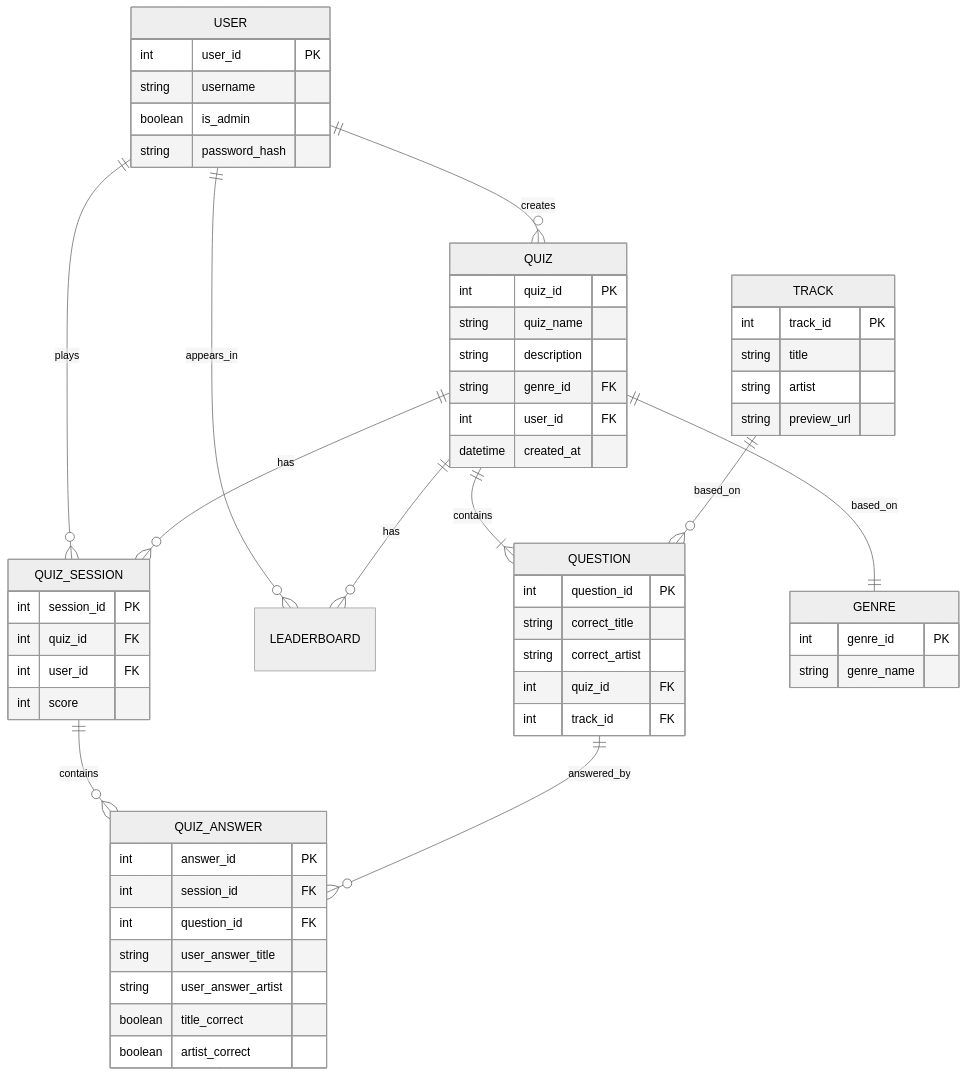
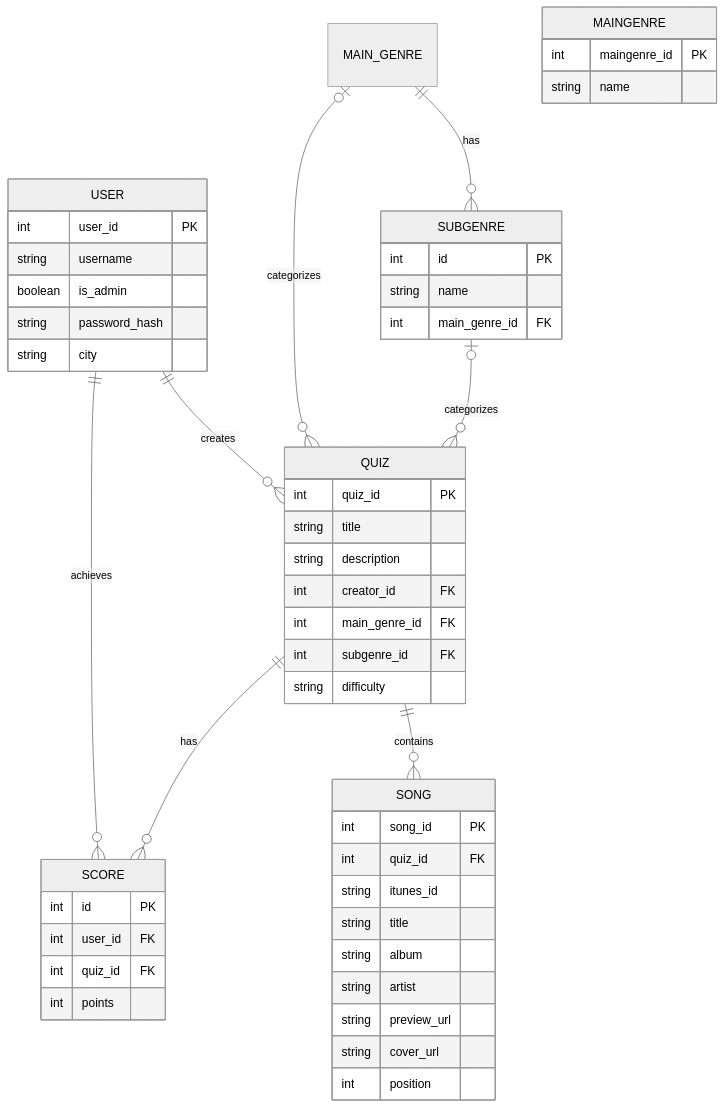
Before and after one commit to paull2906/FSWB: the diagram in docs/02-data-model.md, drawn with Mermaid (neutral theme). The commit also changed other lines of this file and 4 other files, not shown here.

````diff
--- a/docs/02-data-model.md
+++ b/docs/02-data-model.md
@@ -16,69 +16,62 @@
 ```mermaid
 
 erDiagram
-    USER ||--o{ QUIZ_SESSION : plays
-    USER ||--o{ LEADERBOARD : appears_in
-    QUIZ ||--o{ QUIZ_SESSION : has
-    QUIZ_SESSION ||--o{ QUIZ_ANSWER: contains
+   
     USER ||--o{ QUIZ : creates
-    QUIZ ||--o{ LEADERBOARD : has
-    QUIZ ||--|{ QUESTION : contains
-    QUIZ ||--|| GENRE : based_on
-    TRACK ||--o{ QUESTION : based_on
-    QUESTION ||--o{ QUIZ_ANSWER : answered_by
+    USER ||--o{ SCORE : achieves
+    QUIZ ||--o{ SONG : contains
+    QUIZ ||--o{ SCORE : has
+    MAIN_GENRE ||--o{ SUBGENRE : has
+    MAIN_GENRE |o--o{ QUIZ : categorizes
+    SUBGENRE |o--o{ QUIZ : categorizes
     
     
     USER {
         int user_id PK
         string username
         boolean is_admin
         string password_hash
+        string city
         }
 
     QUIZ {
         int quiz_id PK
-        string quiz_name
+        string title
         string description
-        string genre_id FK
-        int user_id FK
-        datetime created_at
+        int creator_id FK
+        int main_genre_id FK
+        int subgenre_id FK
+        string difficulty
       }
 
-    QUIZ_SESSION {
-        int session_id PK
+   
+    SONG {
+        int song_id PK
         int quiz_id FK
-        int user_id FK
-        int score
+        string itunes_id
+        string title
+        string album
+        string artist
+        string preview_url
+        string cover_url
+        int position
     }
 
-    TRACK {
-        int track_id PK
-        string title
-        string artist
-        string preview_url
+    MAINGENRE {
+        int maingenre_id PK
+        string name 
     }
 
-    GENRE {
-        int genre_id PK
-        string genre_name 
+    SUBGENRE {
+        int id PK
+        string name
+        int main_genre_id FK
     }
 
-
-    QUESTION {
-        int question_id PK
-        string correct_title
-        string correct_artist
+    SCORE {
+        int id PK
+        int user_id FK
         int quiz_id FK
-        int track_id FK
-    }    
-
-  QUIZ_ANSWER {
-    int answer_id PK
-    int session_id FK
-    int question_id FK
-    string user_answer_title
-    string user_answer_artist
-    boolean title_correct
-    boolean artist_correct
-}
+        int points
+    }
 ```
````
